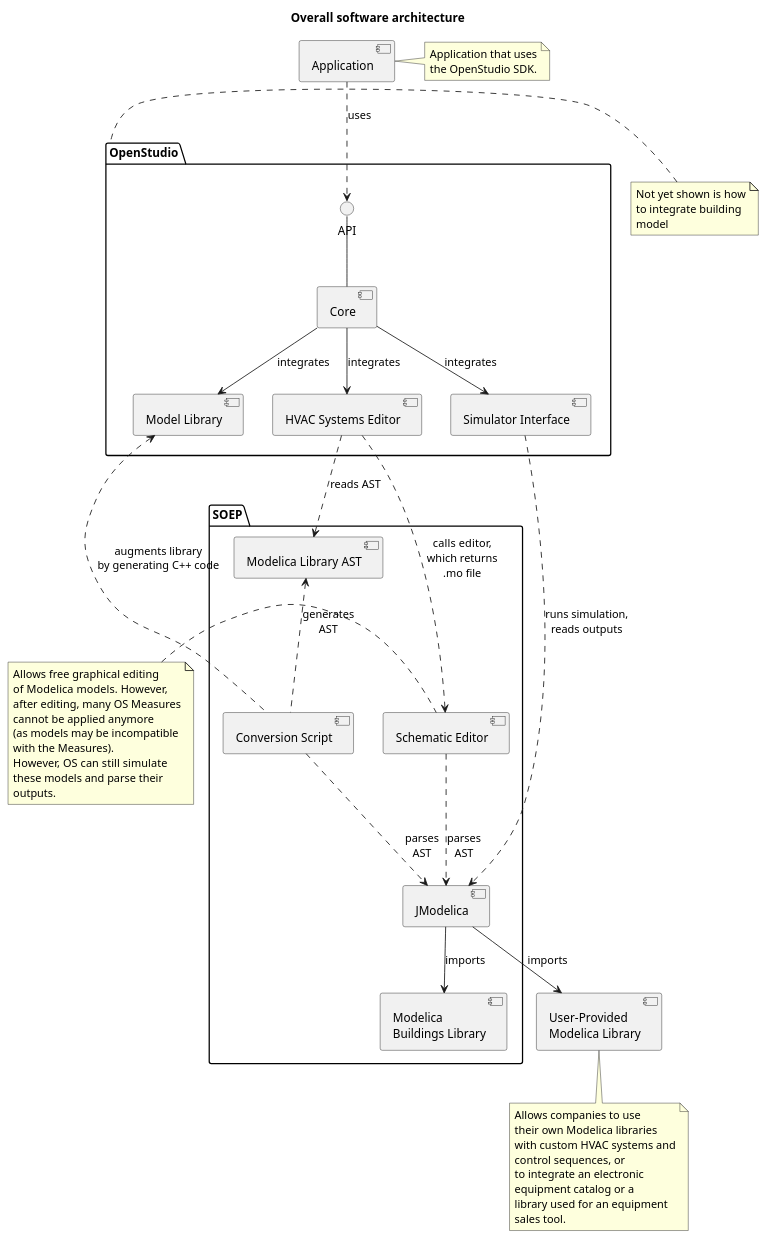
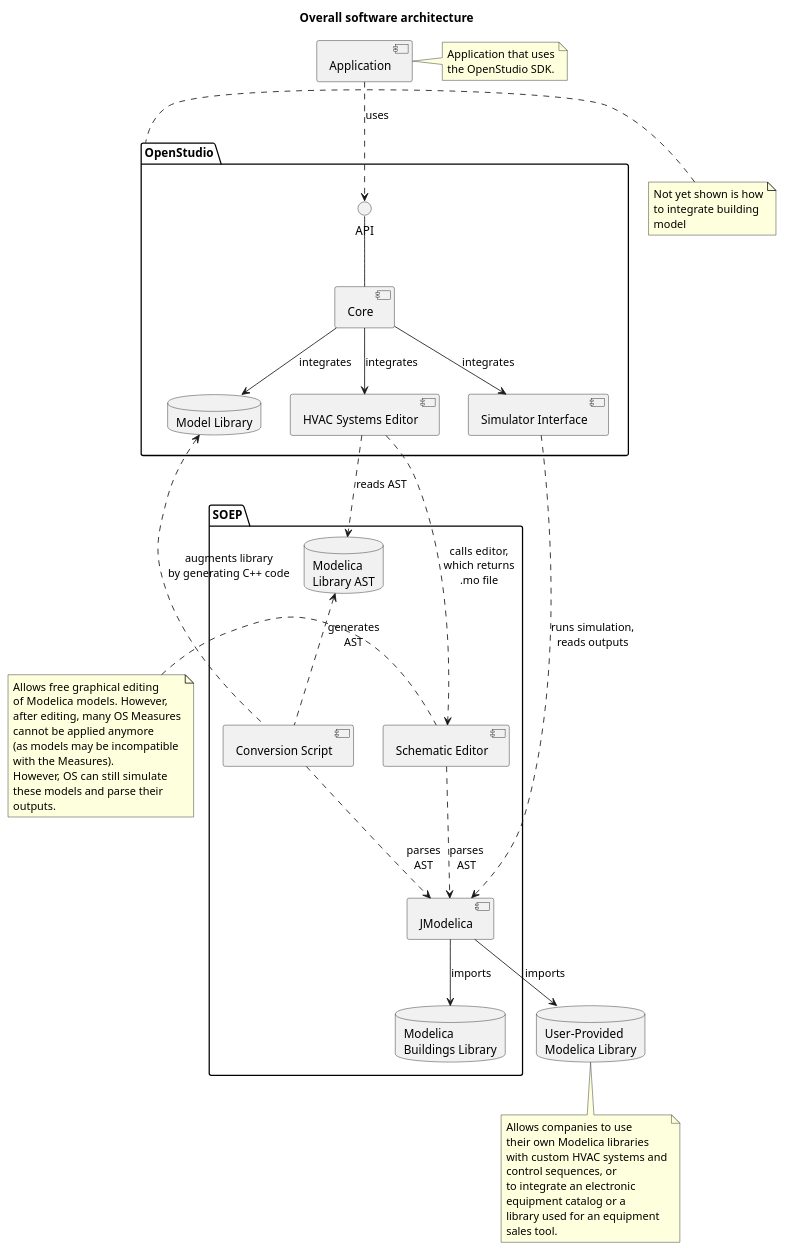
The diagram in doc-design/source/softwareArchitecture.rst (lbl-srg/soep), drawn with PlantUML before and after one commit.

Commit message:
Update software architecture

```diff
--- a/doc-design/source/softwareArchitecture.rst
+++ b/doc-design/source/softwareArchitecture.rst
@@ -40,62 +40,66 @@
 .. uml::
    :caption: Overall software architecture.
 
    title Overall software architecture
 
    skinparam componentStyle uml2
 
    package OpenStudio {
+   database "Model Library"
    API -- [Core]
    [Core] --> [Model Library]: integrates
    [Core] --> [HVAC Systems Editor]: integrates
    [Core] --> [Simulator Interface]: integrates
    }
 
    package SOEP {
    [Schematic Editor] ..> [JModelica] : parses\nAST
    [HVAC Systems Editor] ..> [Schematic Editor]: calls editor,\nwhich returns\n.mo file
    [Model Library] <.. [Conversion Script]: augments library\nby generating C++ code
 
    [Conversion Script] ..> [JModelica]: parses\nAST
    [Simulator Interface] ..> [JModelica] : runs simulation,\nreads outputs
-   [HVAC Systems Editor] ..> [Modelica Library AST]: reads AST
-   [Modelica Library AST] <.. [Conversion Script] : generates\nAST
+   database "Modelica\nLibrary AST"
+   database "Modelica\nBuildings Library"
+   [HVAC Systems Editor] ..> [Modelica\nLibrary AST]: reads AST
+   [Modelica\nLibrary AST] <.. [Conversion Script] : generates\nAST
    [JModelica] --> [Modelica\nBuildings Library]: imports
    }
    [Application] ..> () API : uses
 
+   database "User-Provided\nModelica Library"
    [JModelica] --> [User-Provided\nModelica Library]: imports
 
    note left of [Schematic Editor]
      Allows free graphical editing
      of Modelica models. However,
      after editing, many OS Measures
      cannot be applied anymore
      (as models may be incompatible
      with the Measures).
      However, OS can still simulate
      these models and parse their
      outputs.
    end note
 
    note bottom of [User-Provided\nModelica Library]
      Allows companies to use
      their own Modelica libraries
      with custom HVAC systems and
      control sequences, or
      to integrate an electronic
      equipment catalog or a
      library used for an equipment
      sales tool.
    end note
 
    note left of OpenStudio
      Not yet shown is how
      to integrate building
      model
    end note
 
    note right of Application
      Application that uses
      the OpenStudio SDK.
    end note
```
